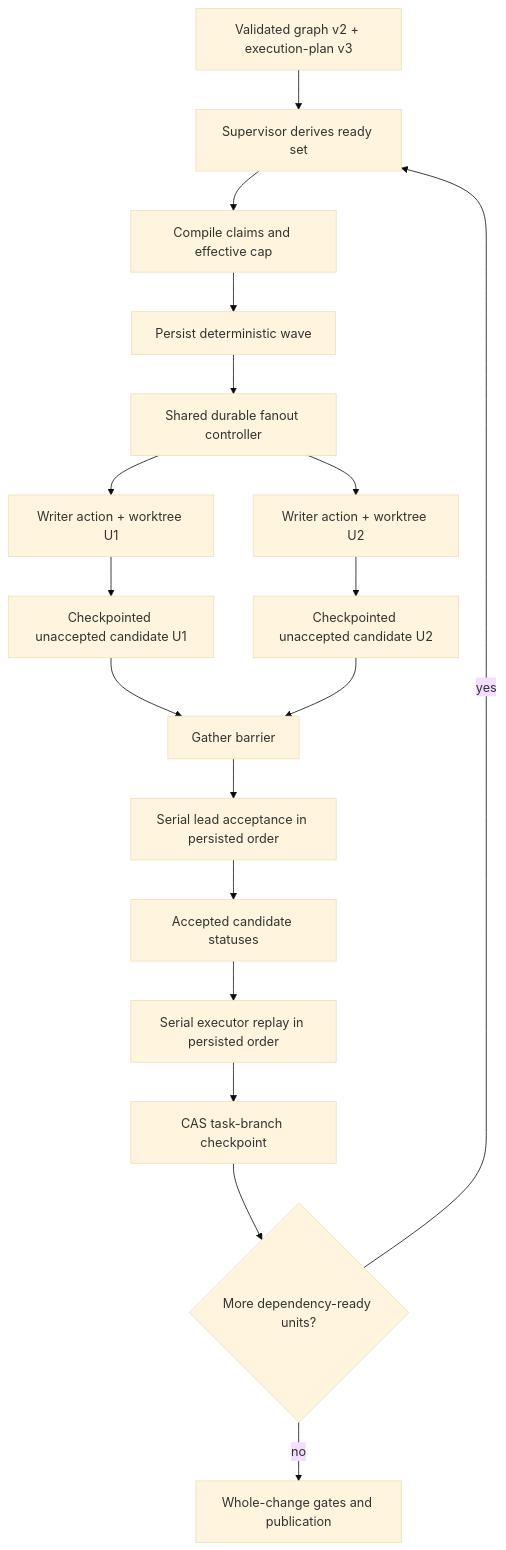
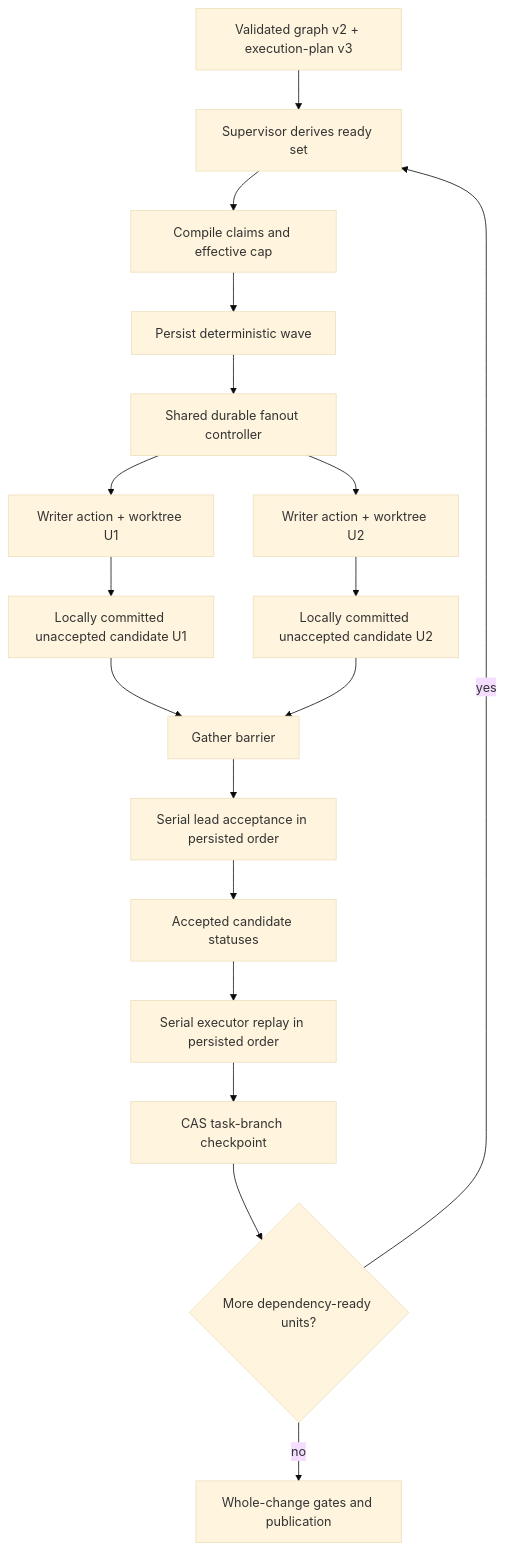
One commit to knoxgraeme/openthrottle changed the first of 3 diagrams in docs/plans/2026-08-19-1232-feat-parallel-structured-units-plan.md. Above: the diagram before and after it, drawn with Mermaid (base theme). The commit also changed other lines of this file and 20 other files, not shown here.

````diff
--- a/docs/plans/2026-08-19-1232-feat-parallel-structured-units-plan.md
+++ b/docs/plans/2026-08-19-1232-feat-parallel-structured-units-plan.md
@@ -578,20 +614,20 @@
 ```mermaid
 flowchart TD
   A[Validated graph v2 + execution-plan v3] --> B[Supervisor derives ready set]
   B --> C[Compile claims and effective cap]
   C --> D[Persist deterministic wave]
   D --> E[Shared durable fanout controller]
   E --> E1[Writer action + worktree U1]
   E --> E2[Writer action + worktree U2]
-  E1 --> F1[Checkpointed unaccepted candidate U1]
-  E2 --> F2[Checkpointed unaccepted candidate U2]
+  E1 --> F1[Locally committed unaccepted candidate U1]
+  E2 --> F2[Locally committed unaccepted candidate U2]
   F1 --> G[Gather barrier]
   F2 --> G
   G --> H[Serial lead acceptance in persisted order]
   H --> I[Accepted candidate statuses]
   I --> J[Serial executor replay in persisted order]
   J --> K[CAS task-branch checkpoint]
   K --> L{More dependency-ready units?}
   L -->|yes| B
   L -->|no| M[Whole-change gates and publication]
 ```
````
